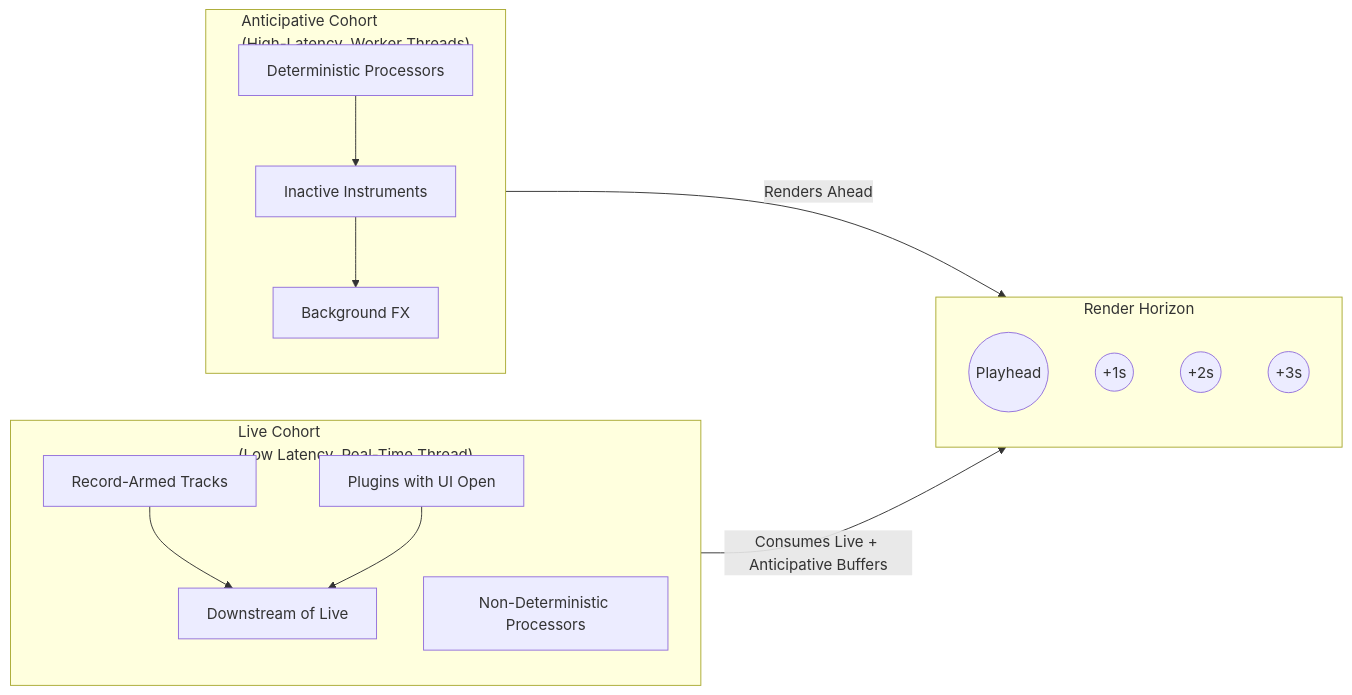
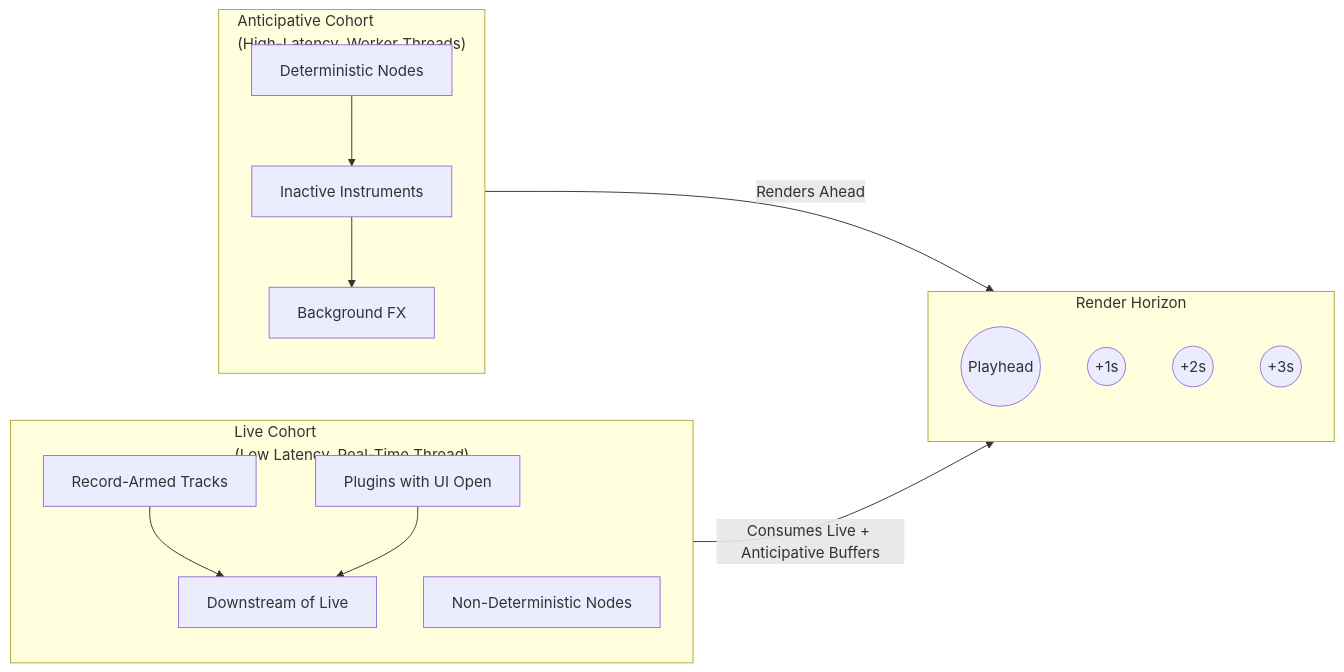
Before and after one commit to infinite-loop-audio/loophole-chorus: the diagram in docs/diagrams/processing-cohots.mermaid, drawn with Mermaid. The commit also changed 18 other files, not shown here.

Commit message:
Replaced processors with nodes

```diff
--- a/docs/diagrams/processing-cohots.mermaid
+++ b/docs/diagrams/processing-cohots.mermaid
@@ -1,30 +1,30 @@
 flowchart LR
 
     subgraph LIVE["Live Cohort<br>(Low Latency, Real-Time Thread)"]
         L1[Record-Armed Tracks]
         L2[Plugins with UI Open]
-        L3[Non-Deterministic Processors]
+        L3[Non-Deterministic Nodes]
         L4[Downstream of Live]
     end
 
     subgraph ANTICIPATIVE["Anticipative Cohort<br>(High-Latency, Worker Threads)"]
-        A1[Deterministic Processors]
+        A1[Deterministic Nodes]
         A2[Inactive Instruments]
         A3[Background FX]
     end
 
     L1 --> L4
     L2 --> L4
 
     A1 --> A2
     A2 --> A3
 
     subgraph RENDERH["Render Horizon"]
         H1((Playhead))
         H2((+1s))
         H3((+2s))
         H4((+3s))
     end
 
     ANTICIPATIVE -->|Renders Ahead| RENDERH
     LIVE -->|Consumes Live + Anticipative Buffers| RENDERH
```
